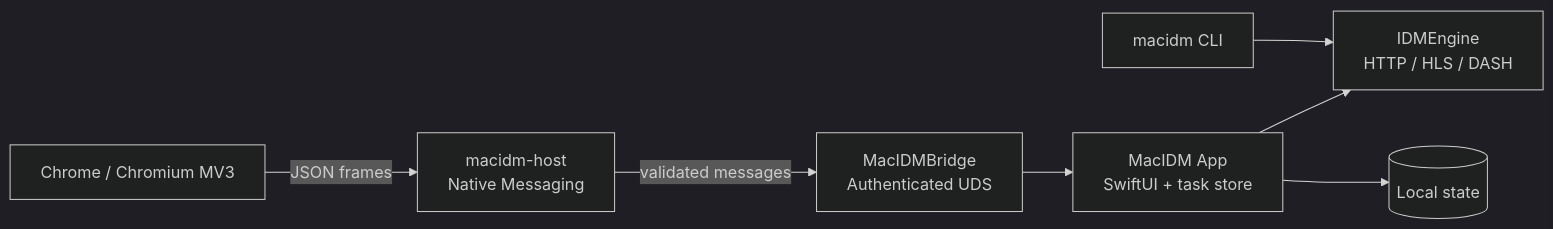
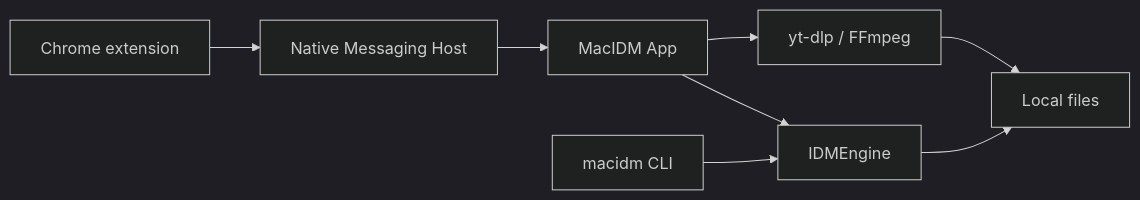
The diagram in README.en.md (Raters0/MacIDM), drawn with Mermaid (dark theme) before and after one commit. The commit also changed other lines of this file and 3 other files, not shown here.

````diff
--- a/README.en.md
+++ b/README.en.md
@@ -140,17 +48,10 @@
 ```mermaid
 flowchart LR
-    Browser[Chrome / Chromium MV3]
-    Host[macidm-host<br/>Native Messaging]
-    Bridge[MacIDMBridge<br/>Authenticated UDS]
-    App[MacIDM App<br/>SwiftUI + task store]
-    Engine[IDMEngine<br/>HTTP / HLS / DASH]
-    CLI[macidm CLI]
-    Store[(Local state)]
-
-    Browser -->|JSON frames| Host
-    Host -->|validated messages| Bridge
-    Bridge --> App
-    App --> Engine
-    CLI --> Engine
-    App --> Store
+    Extension[Chrome extension] --> Host[Native Messaging Host]
+    Host --> App[MacIDM App]
+    App --> Engine[IDMEngine]
+    CLI[macidm CLI] --> Engine
+    App --> Tools[yt-dlp / FFmpeg]
+    Engine --> File[Local files]
+    Tools --> File
 ```
````
